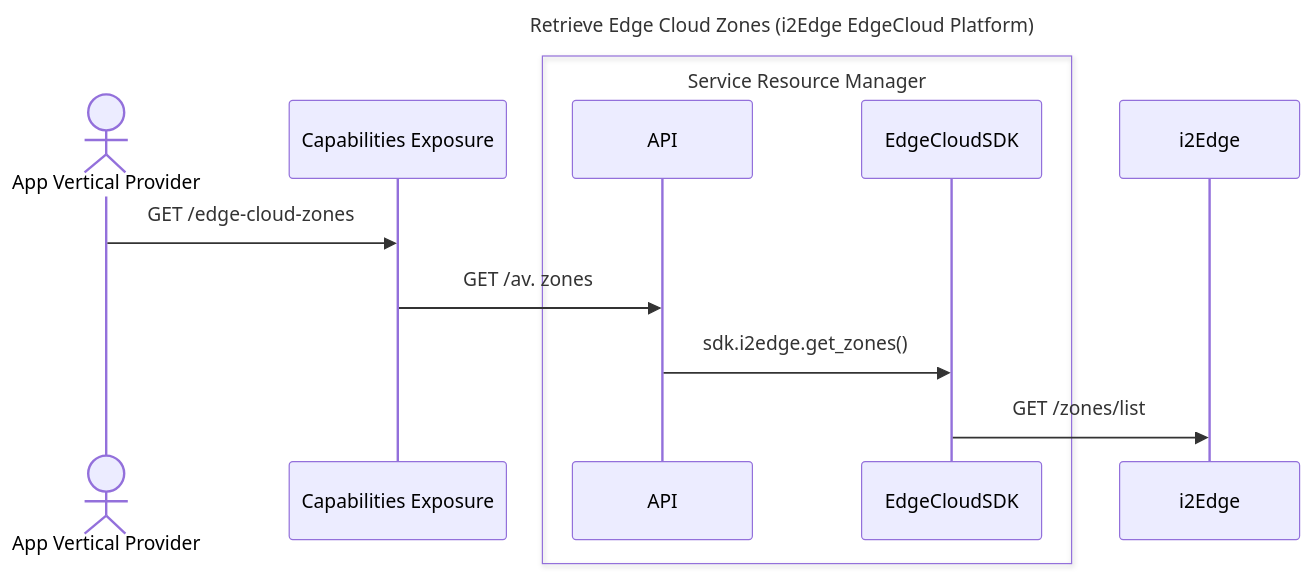
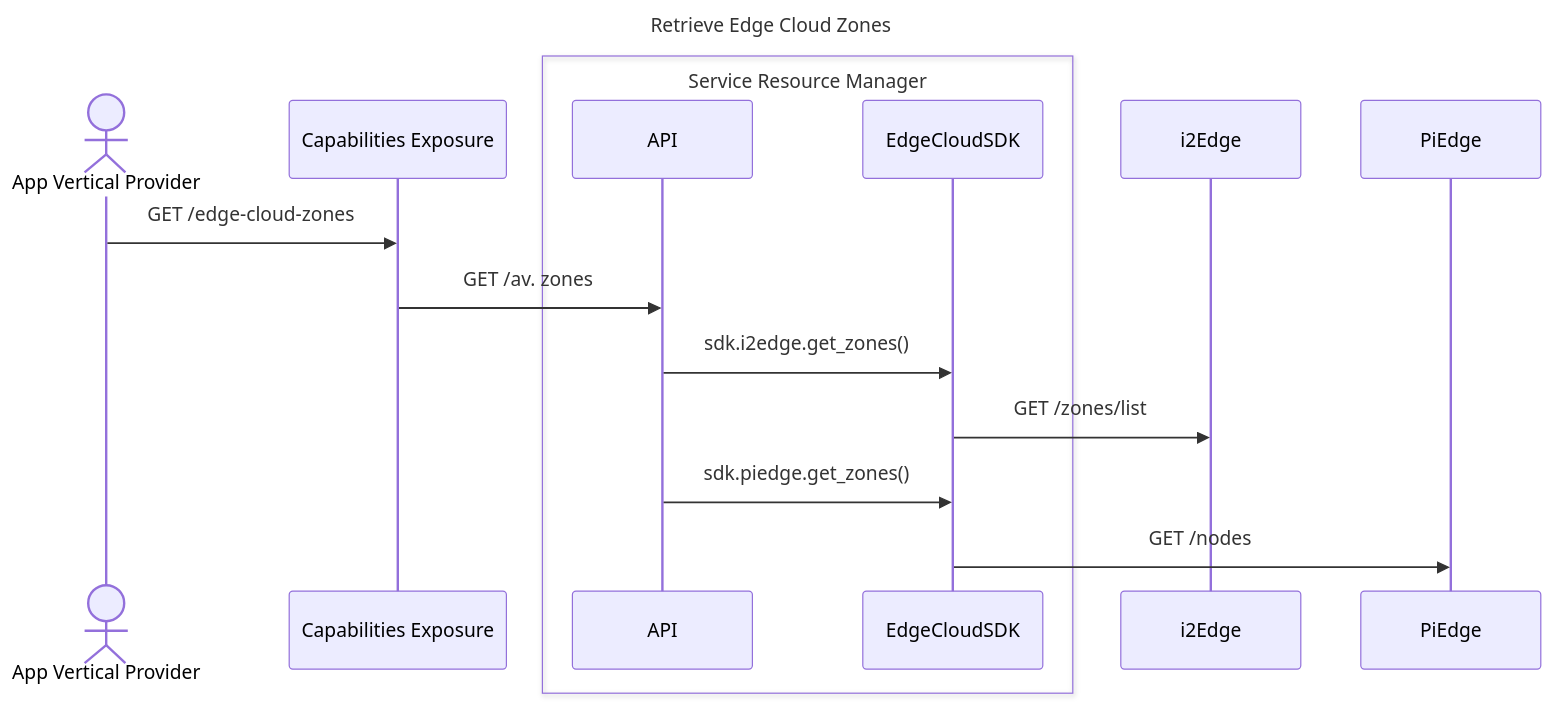
Before and after one commit to tassospandis/open-sdk: the diagram in edgecloud/doc/workflows/get_av_zones.md, drawn with Mermaid.

Commit message:
Extend the get av. zones seq diagram

````diff
--- a/edgecloud/doc/workflows/get_av_zones.md
+++ b/edgecloud/doc/workflows/get_av_zones.md
@@ -1,17 +1,19 @@
 ```mermaid
 sequenceDiagram
-title Retrieve Edge Cloud Zones (i2Edge EdgeCloud Platform)
+title Retrieve Edge Cloud Zones
 actor AP as App Vertical Provider
 participant CE as Capabilities Exposure
 box Service Resource Manager
     participant API
     participant SDK as EdgeCloudSDK
 end
 participant i2Edge
+participant PiEdge
 
 AP ->> CE: GET /edge-cloud-zones
 CE ->> API: GET /av. zones
 API ->> SDK: sdk.i2edge.get_zones()
-    
 SDK ->> i2Edge: GET /zones/list
+API ->> SDK: sdk.piedge.get_zones()
+SDK ->> PiEdge: GET /nodes
 ```
````
